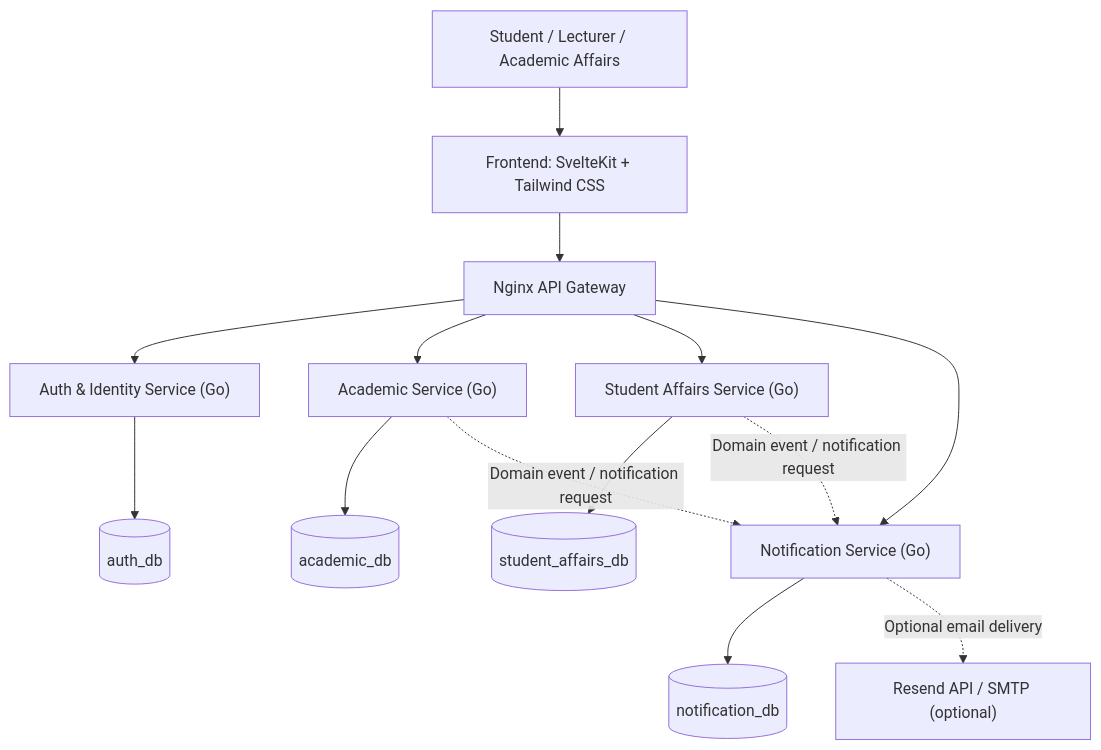
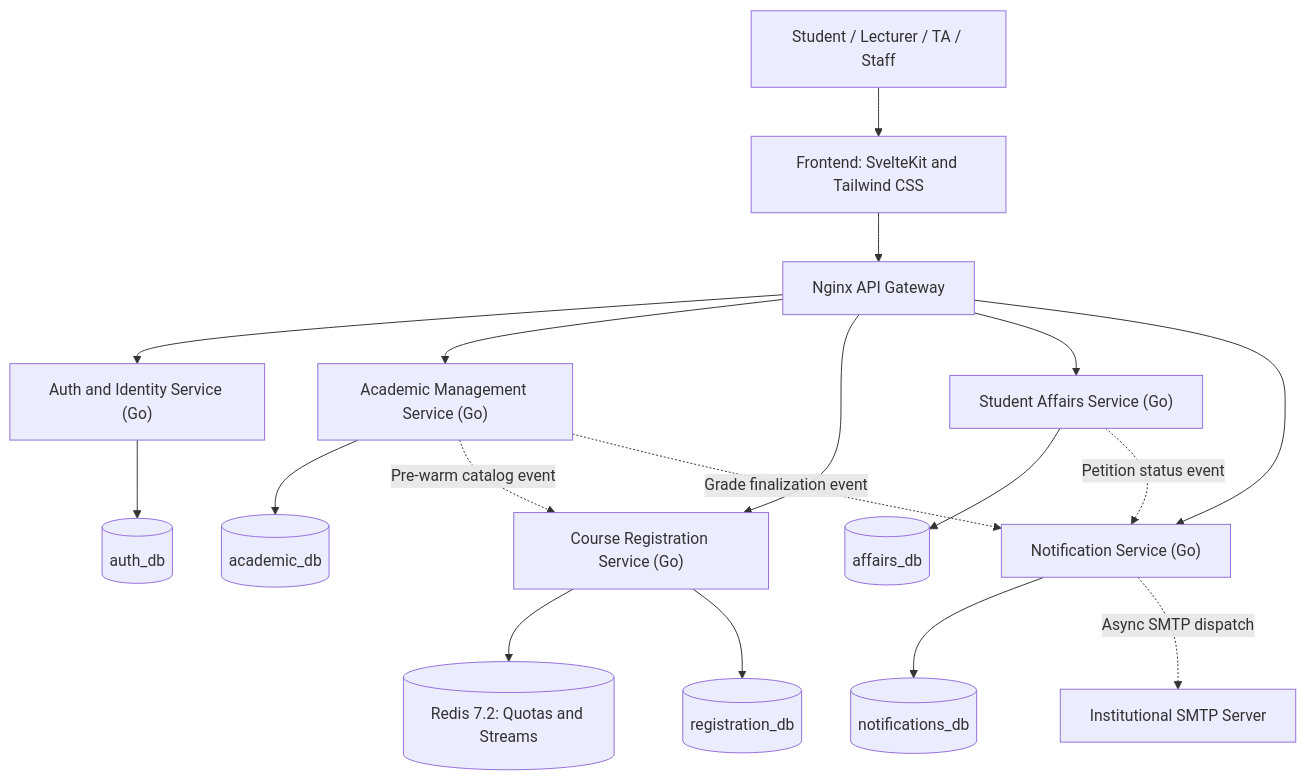
Before and after one commit to zeeptobean/introse-portal67: the first of 4 diagrams in docs/design/Portal67_Solution_Architecture.md, drawn with Mermaid. The commit also changed other lines of this file, not shown here.

Commit message:
docs(design): sync Solution Architecture with PA3 system design specification v3.0

````diff
--- a/docs/design/Portal67_Solution_Architecture.md
+++ b/docs/design/Portal67_Solution_Architecture.md
@@ -1146,29 +1135,39 @@
 ```mermaid
 flowchart TB
-    User["Student / Lecturer / Academic Affairs"]
-    FE["Frontend: SvelteKit + Tailwind CSS"]
+    User["Student / Lecturer / TA / Staff"]
+    FE["Frontend: SvelteKit and Tailwind CSS"]
     GW["Nginx API Gateway"]
-    AUTH["Auth & Identity Service (Go)"]
-    ACAD["Academic Service (Go)"]
+    AUTH["Auth and Identity Service (Go)"]
+    ACAD["Academic Management Service (Go)"]
+    REG["Course Registration Service (Go)"]
     AFF["Student Affairs Service (Go)"]
     NOTIF["Notification Service (Go)"]
+    
     AUTHDB[("auth_db")]
     ACADDB[("academic_db")]
-    AFFDB[("student_affairs_db")]
-    NOTIFDB[("notification_db")]
-    EMAIL["Resend API / SMTP (optional)"]
+    REGDB[("registration_db")]
+    AFFDB[("affairs_db")]
+    NOTIFDB[("notifications_db")]
+    REDIS[("Redis 7.2: Quotas and Streams")]
+    EMAIL["Institutional SMTP Server"]
 
     User --> FE
     FE --> GW
     GW --> AUTH
     GW --> ACAD
+    GW --> REG
     GW --> AFF
     GW --> NOTIF
+
     AUTH --> AUTHDB
     ACAD --> ACADDB
     AFF --> AFFDB
     NOTIF --> NOTIFDB
-    ACAD -. "Domain event / notification request" .-> NOTIF
-    AFF -. "Domain event / notification request" .-> NOTIF
-    NOTIF -. "Optional email delivery" .-> EMAIL
+
+    REG --> REDIS
+    REG --> REGDB
+    ACAD -. "Pre-warm catalog event" .-> REG
+    ACAD -. "Grade finalization event" .-> NOTIF
+    AFF -. "Petition status event" .-> NOTIF
+    NOTIF -. "Async SMTP dispatch" .-> EMAIL
 ```
````
